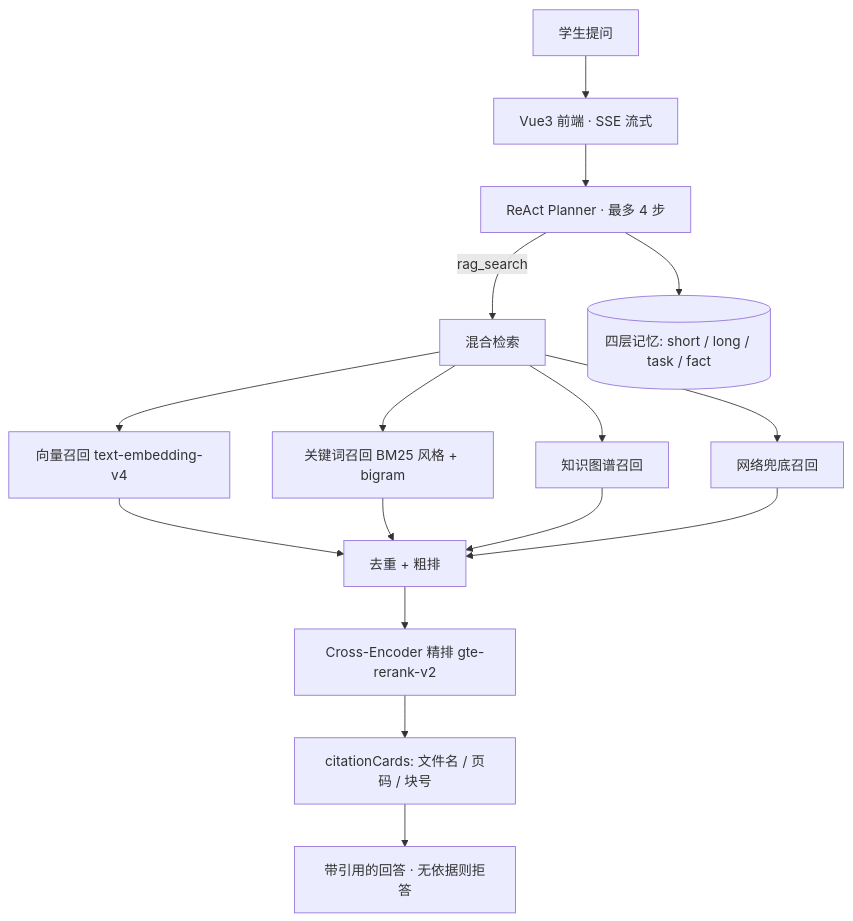
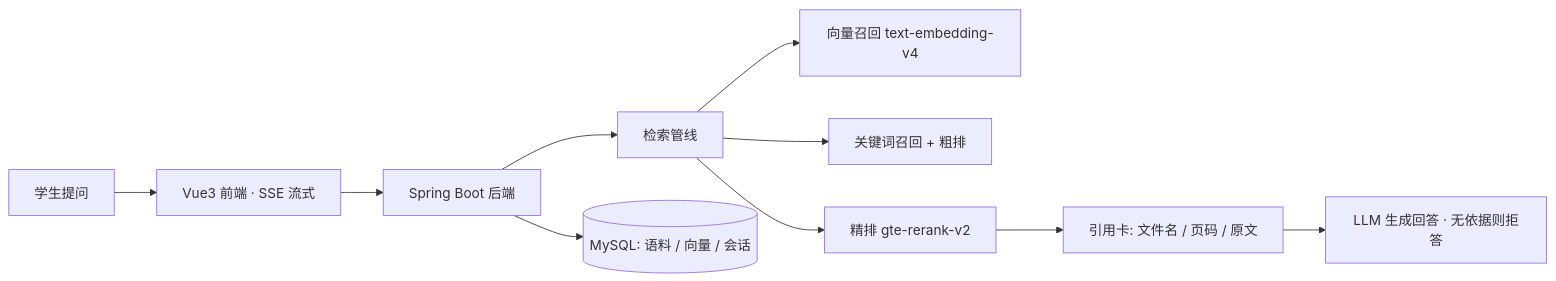
One commit to Lumjiel/knowledgeops-campus changed the diagram in README.md. Above: the diagram before and after it, drawn with Mermaid. The commit also changed other lines of this file, not shown here.

````diff
--- a/README.md
+++ b/README.md
@@ -39,18 +34,12 @@
 ```mermaid
-flowchart TD
+flowchart LR
     U[学生提问] --> W[Vue3 前端 · SSE 流式]
-    W --> P[ReAct Planner · 最多 4 步]
-    P -->|rag_search| R[混合检索]
-    R --> V1[向量召回 text-embedding-v4]
-    R --> V2[关键词召回 BM25 风格 + bigram]
-    R --> V3[知识图谱召回]
-    R --> V4[网络兜底召回]
-    V1 --> M[去重 + 粗排]
-    V2 --> M
-    V3 --> M
-    V4 --> M
-    M --> CE[Cross-Encoder 精排 gte-rerank-v2]
-    CE --> C[citationCards: 文件名 / 页码 / 块号]
-    C --> A[带引用的回答 · 无依据则拒答]
-    P --> MEM[(四层记忆: short / long / task / fact)]
+    W --> A[Spring Boot 后端]
+    A --> R[检索管线]
+    R --> V[向量召回 text-embedding-v4]
+    R --> K[关键词召回 + 粗排]
+    R --> F[精排 gte-rerank-v2]
+    F --> C[引用卡: 文件名 / 页码 / 原文]
+    C --> L[LLM 生成回答 · 无依据则拒答]
+    A --> M[(MySQL: 语料 / 向量 / 会话)]
 ```
````
